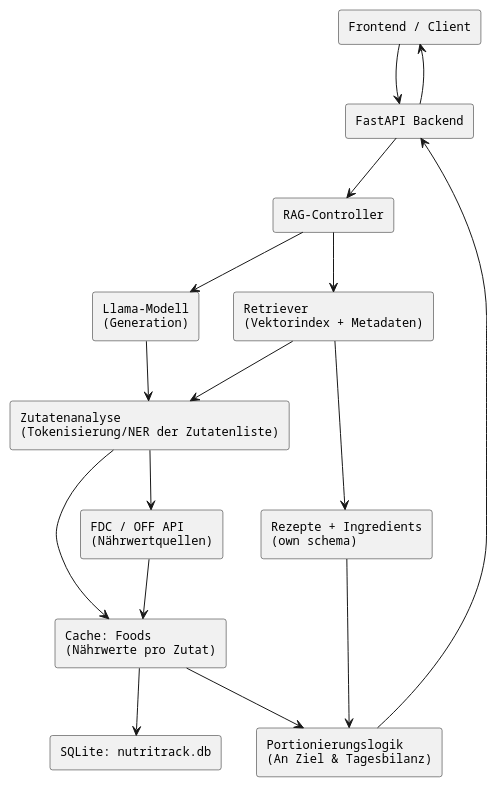
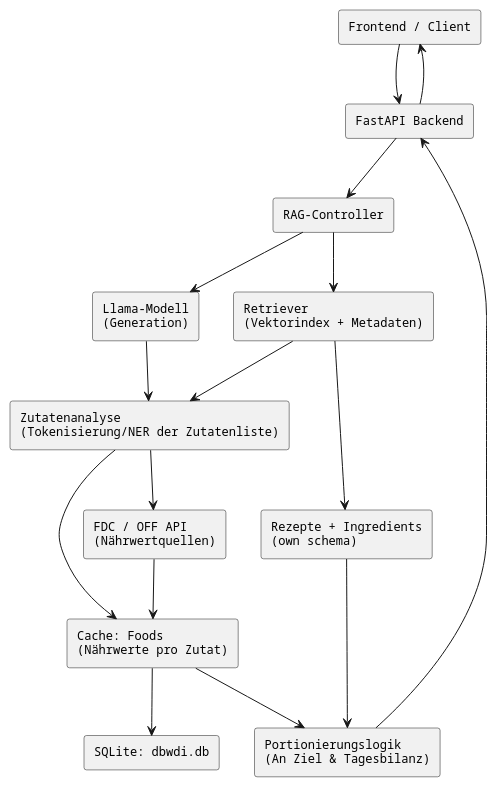
One commit to NicoBaier123/NutriTrack changed the diagram in docs/diagrams/architecture.puml. Above: the diagram before and after it, drawn with PlantUML. The commit also changed 13 other files, not shown here.

```diff
--- a/docs/diagrams/architecture.puml
+++ b/docs/diagrams/architecture.puml
@@ -1,37 +1,37 @@
 @startuml
 skinparam monochrome true
 skinparam defaultFontName Courier
 skinparam defaultFontSize 12
 
 rectangle "Frontend / Client" as FE
 rectangle "FastAPI Backend" as API
 
 rectangle "RAG-Controller" as RAG
 rectangle "Retriever\n(Vektorindex + Metadaten)" as RET
 rectangle "Llama-Modell\n(Generation)" as LLM
 rectangle "Portionierungslogik\n(An Ziel & Tagesbilanz)" as PORT
 rectangle "Zutatenanalyse\n(Tokenisierung/NER der Zutatenliste)" as ZUT
 
-rectangle "SQLite: nutritrack.db" as DB
+rectangle "SQLite: dbwdi.db" as DB
 rectangle "Cache: Foods\n(Nährwerte pro Zutat)" as CACHE
 rectangle "Rezepte + Ingredients\n(own schema)" as REC
 
 rectangle "FDC / OFF API\n(Nährwertquellen)" as FDC
 
 FE --> API
 API --> RAG
 RAG --> RET
 RAG --> LLM
 RET --> REC
 LLM --> ZUT
 RET --> ZUT
 ZUT --> CACHE
 CACHE --> DB
 ZUT --> FDC
 FDC --> CACHE
 CACHE --> PORT
 REC --> PORT
 PORT --> API
 API --> FE
 
 @enduml
```
